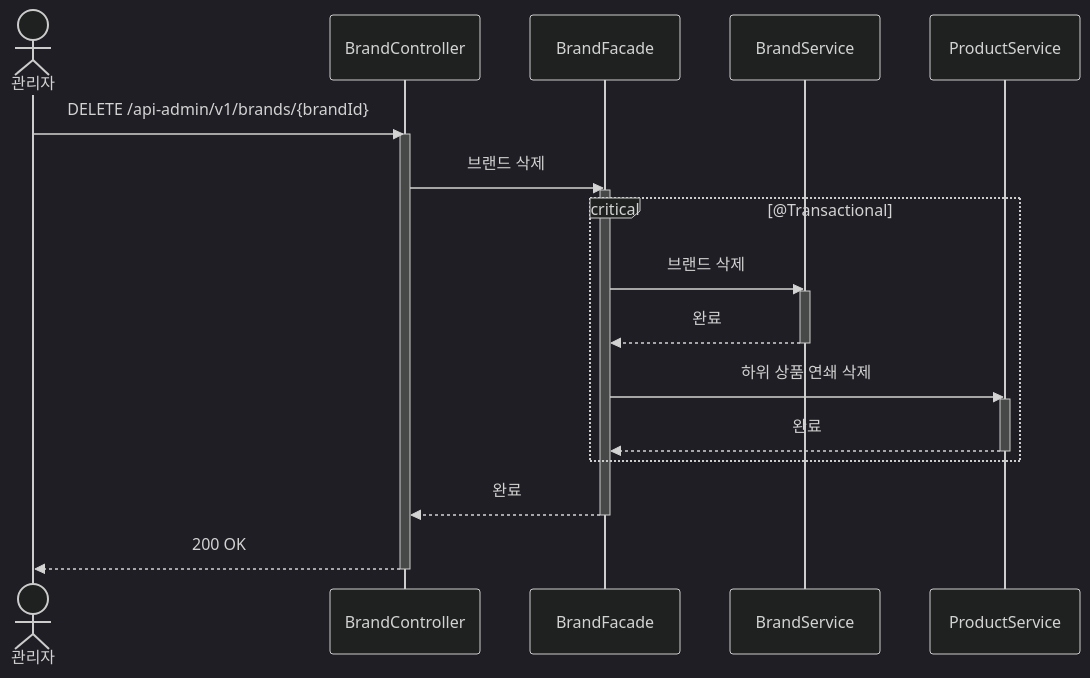
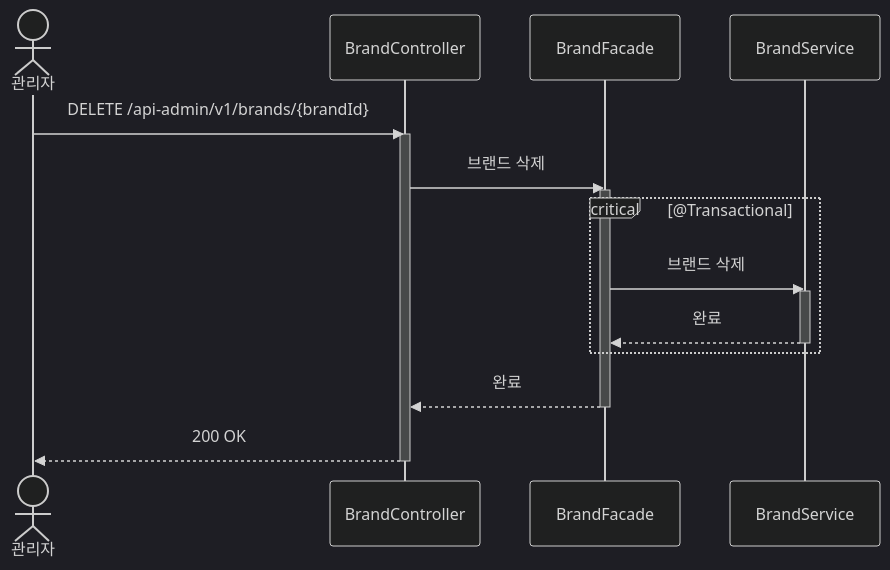
Before and after one commit to Loopers-dev-lab/loop-pack-be-l2-vol3-java: the diagram in docs/design/brand/sequences/001-brand-delete.md, drawn with Mermaid (dark theme). The commit also changed other lines of this file and 4 other files, not shown here.

Commit message:
docs: 브랜드 삭제 비동기 전환, Product 클래스다이어그램 갱신, IssuedCoupon 유니크 제약 추가

````diff
--- a/docs/design/brand/sequences/001-brand-delete.md
+++ b/docs/design/brand/sequences/001-brand-delete.md
@@ -8,30 +8,24 @@
 ```mermaid
 sequenceDiagram
     actor 관리자
     participant BC as BrandController
     participant BF as BrandFacade
     participant BS as BrandService
-    participant PS as ProductService
 
     관리자->>BC: DELETE /api-admin/v1/brands/{brandId}
     activate BC
     BC->>BF: 브랜드 삭제
     activate BF
 
     critical @Transactional
         BF->>BS: 브랜드 삭제
         activate BS
         BS-->>BF: 완료
         deactivate BS
-
-        BF->>PS: 하위 상품 연쇄 삭제
-        activate PS
-        PS-->>BF: 완료
-        deactivate PS
     end
 
     BF-->>BC: 완료
     deactivate BF
     BC-->>관리자: 200 OK
     deactivate BC
 ```
````
